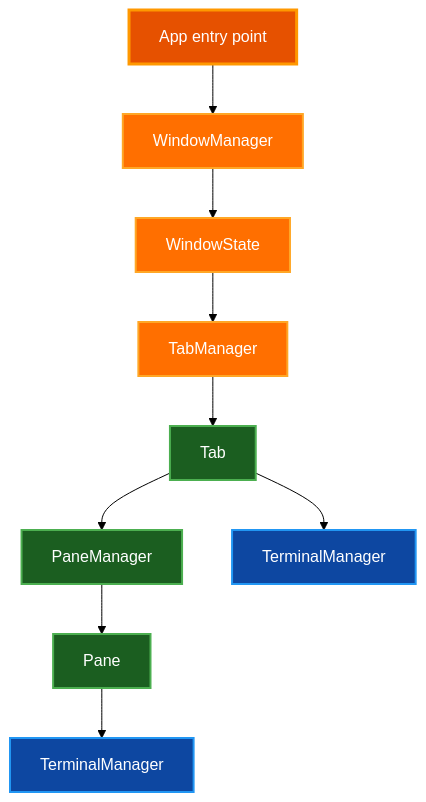
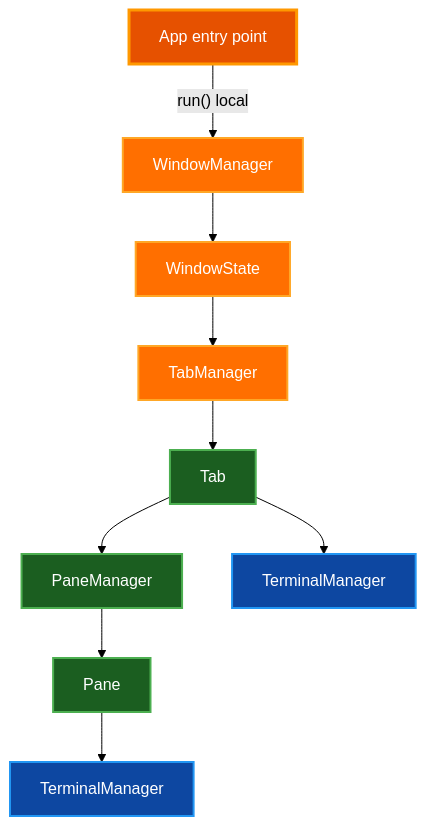
Before and after one commit to paulrobello/par-term: the first of 3 diagrams in docs/architecture/STATE_LIFECYCLE.md, drawn with Mermaid (forest theme). The commit also changed other lines of this file and 41 other files, not shown here.

````diff
--- a/docs/architecture/STATE_LIFECYCLE.md
+++ b/docs/architecture/STATE_LIFECYCLE.md
@@ -27,30 +28,35 @@
 ```mermaid
 graph TD
     App[App entry point]
     WM[WindowManager]
     WS[WindowState]
     TM[TabManager]
     Tab[Tab]
     PM[PaneManager]
     Pane[Pane]
     Term[TerminalManager]
 
-    App --> WM
+    App -- "run() local" --> WM
     WM --> WS
     WS --> TM
     TM --> Tab
     Tab --> PM
     PM --> Pane
     Pane --> Term
     Tab --> Term2[TerminalManager]
 
-    style App fill:#e65100,stroke:#ff9800,stroke-width:3px,color:#ffffff
-    style WM fill:#ff6f00,stroke:#ffa726,stroke-width:2px,color:#ffffff
-    style WS fill:#ff6f00,stroke:#ffa726,stroke-width:2px,color:#ffffff
-    style TM fill:#ff6f00,stroke:#ffa726,stroke-width:2px,color:#ffffff
-    style Tab fill:#1b5e20,stroke:#4caf50,stroke-width:2px,color:#ffffff
-    style PM fill:#1b5e20,stroke:#4caf50,stroke-width:2px,color:#ffffff
-    style Pane fill:#1b5e20,stroke:#4caf50,stroke-width:2px,color:#ffffff
-    style Term fill:#0d47a1,stroke:#2196f3,stroke-width:2px,color:#ffffff
-    style Term2 fill:#0d47a1,stroke:#2196f3,stroke-width:2px,color:#ffffff
+    class App primary
+    class WM warning
+    class WS warning
+    class TM warning
+    class Tab active
+    class PM active
+    class Pane active
+    class Term data
+    class Term2 data
+
+    classDef primary fill:#e65100,stroke:#ff9800,stroke-width:3px,color:#ffffff
+    classDef active fill:#1b5e20,stroke:#4caf50,stroke-width:2px,color:#ffffff
+    classDef warning fill:#ff6f00,stroke:#ffa726,stroke-width:2px,color:#ffffff
+    classDef data fill:#0d47a1,stroke:#2196f3,stroke-width:2px,color:#ffffff
 ```
````
